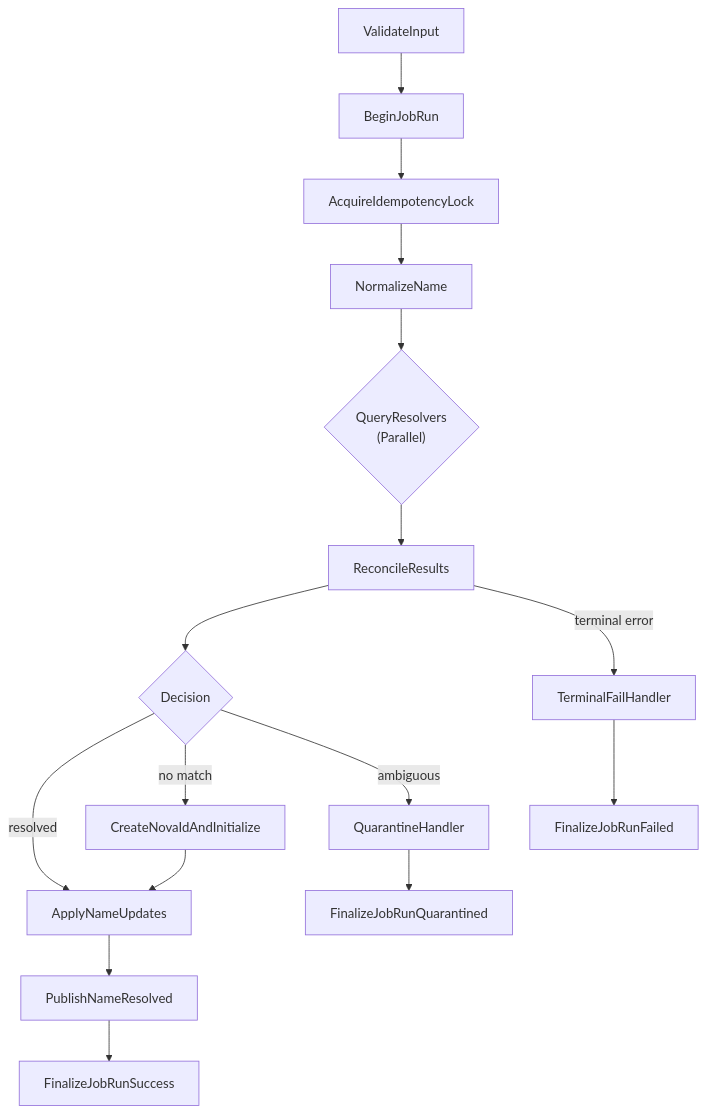
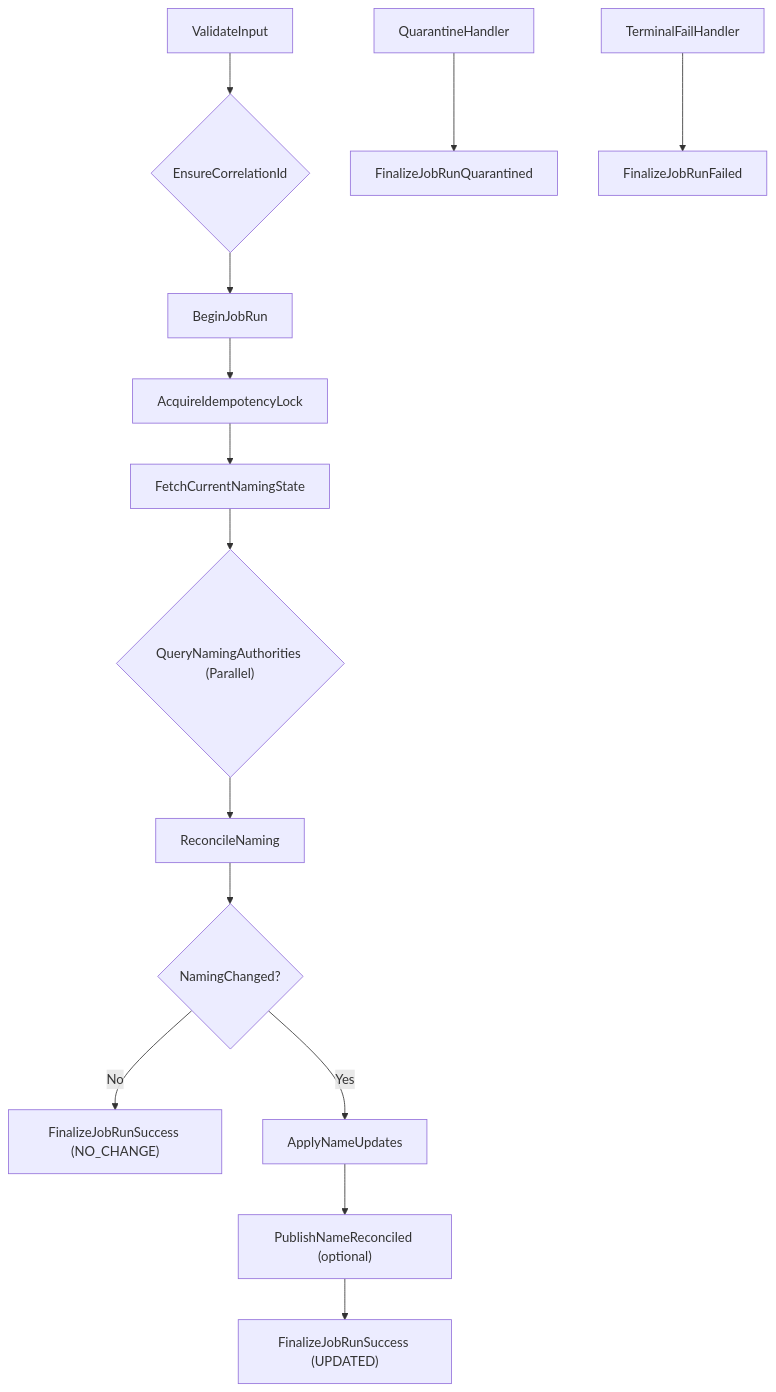
The diagram in docs/diagrams/workflow-name-check-and-reconcile.md (finzellt/aws_nova_cat), drawn with Mermaid before and after one commit. The commit also changed 15 other files, not shown here.

Commit message:
chore(diagrams): regenerate workflow diagrams to reflect updated state machines

````diff
--- a/docs/diagrams/workflow-name-check-and-reconcile.md
+++ b/docs/diagrams/workflow-name-check-and-reconcile.md
@@ -1,15 +1,18 @@
 ```mermaid
 flowchart TD
-    A[ValidateInput] --> B[BeginJobRun]
-    B --> C[AcquireIdempotencyLock]
-    C --> D[NormalizeName]
-    D --> P{"QueryResolvers</br> (Parallel)"}
-    P --> R[ReconcileResults]
-    R --> X{Decision}
+  A[ValidateInput] --> B{EnsureCorrelationId}
+  B --> C[BeginJobRun]
+  C --> D[AcquireIdempotencyLock]
+  D --> E[FetchCurrentNamingState]
+  E --> F{"QueryNamingAuthorities (Parallel)"}
+  F --> G[ReconcileNaming]
+  G --> H{NamingChanged?}
 
-    X -- resolved --> U[ApplyNameUpdates] --> E[PublishNameResolved] --> S[FinalizeJobRunSuccess]
-    X -- no match --> N[CreateNovaIdAndInitialize] --> U
-    X -- ambiguous --> Q[QuarantineHandler] --> SQ[FinalizeJobRunQuarantined]
+  H -- No --> I["FinalizeJobRunSuccess (NO_CHANGE)"]
+  H -- Yes --> J[ApplyNameUpdates]
+  J --> K["PublishNameReconciled (optional)"]
+  K --> L["FinalizeJobRunSuccess (UPDATED)"]
 
-    R -->|terminal error| T[TerminalFailHandler] --> ST[FinalizeJobRunFailed]
+  Q[QuarantineHandler] --> R[FinalizeJobRunQuarantined]
+  T[TerminalFailHandler] --> U[FinalizeJobRunFailed]
 ```
````
